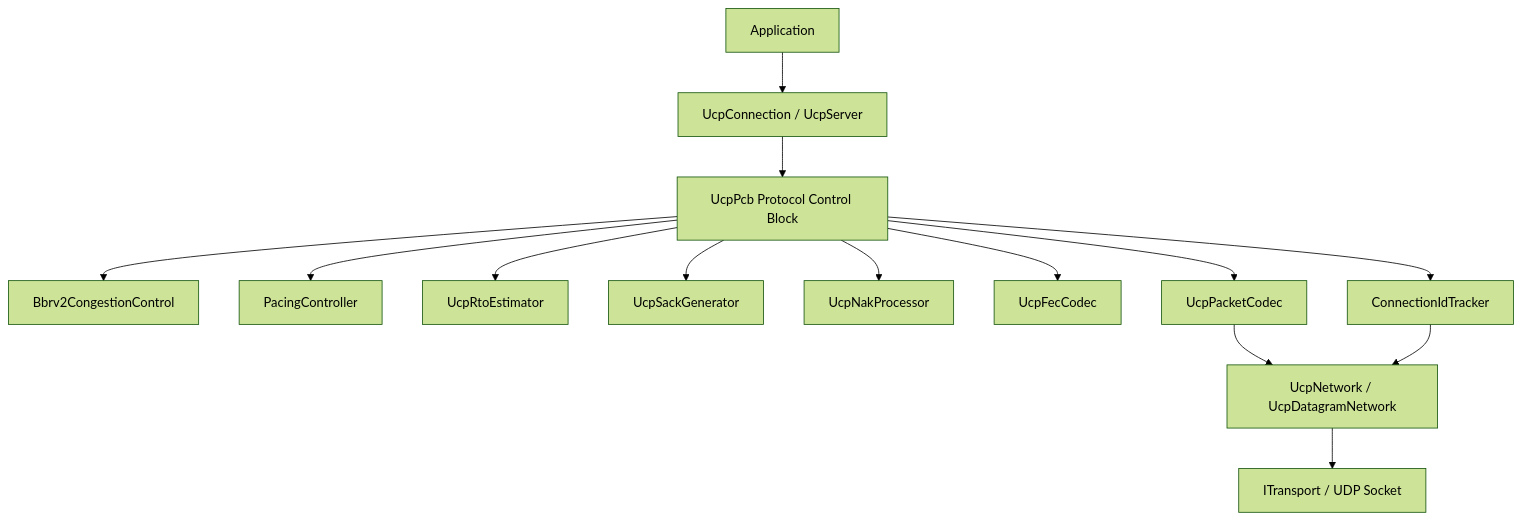
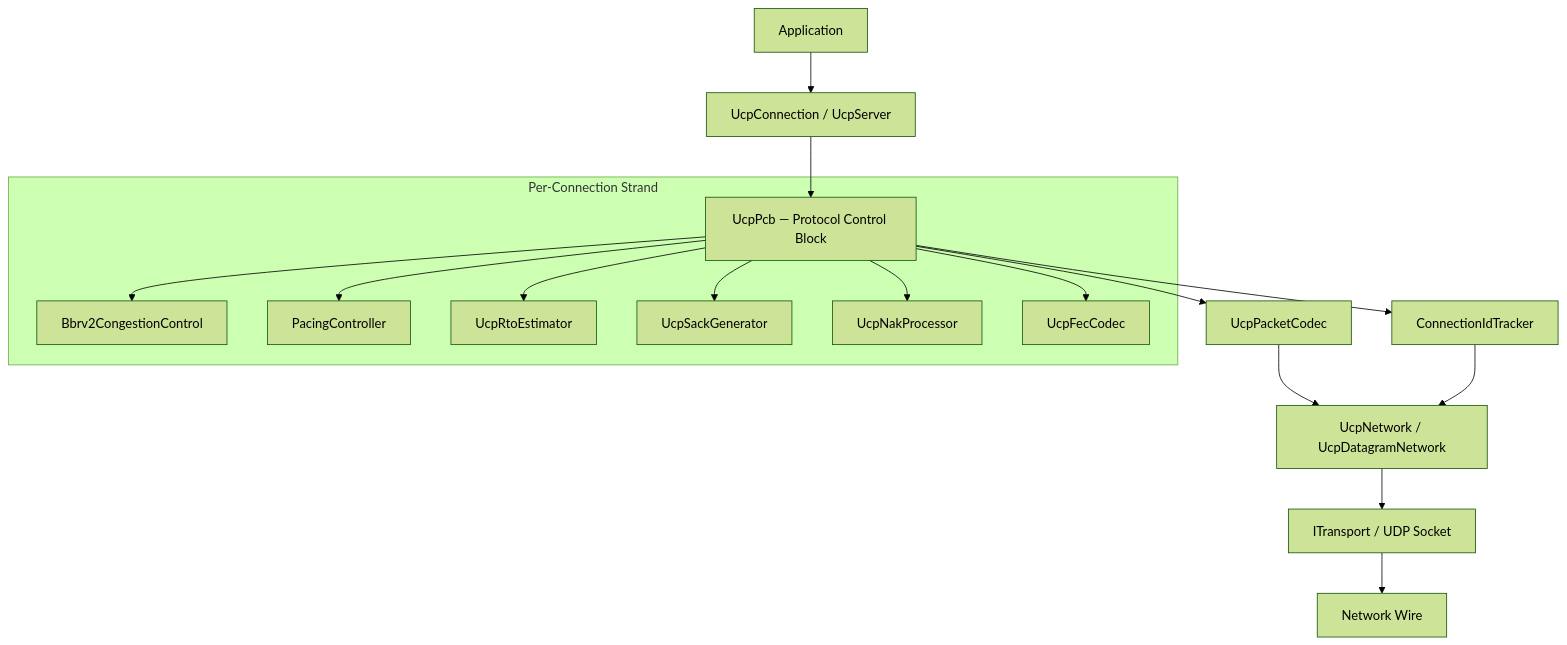
The first of 14 diagrams in docs/architecture.md (liulilittle/ucp), drawn with Mermaid (forest theme) before and after one commit. The commit also changed other lines of this file and 17 other files, not shown here.

````diff
--- a/docs/architecture.md
+++ b/docs/architecture.md
@@ -11,16 +13,27 @@
 ```mermaid
 flowchart TD
     App[Application] --> Public[UcpConnection / UcpServer]
-    Public --> Pcb[UcpPcb Protocol Control Block]
+    Public --> Pcb[UcpPcb — Protocol Control Block]
     Pcb --> Bbr[Bbrv2CongestionControl]
     Pcb --> Pacing[PacingController]
     Pcb --> Rto[UcpRtoEstimator]
     Pcb --> Sack[UcpSackGenerator]
     Pcb --> Nak[UcpNakProcessor]
     Pcb --> Fec[UcpFecCodec]
+    Pcb --> ConnId[ConnectionIdTracker]
     Pcb --> Codec[UcpPacketCodec]
-    Pcb --> ConnId[ConnectionIdTracker]
     Codec --> Net[UcpNetwork / UcpDatagramNetwork]
     ConnId --> Net
     Net --> Transport[ITransport / UDP Socket]
+    Transport --> Wire[Network Wire]
+
+    subgraph "Per-Connection Strand"
+        Pcb
+        Bbr
+        Pacing
+        Rto
+        Sack
+        Nak
+        Fec
+    end
 ```
````
